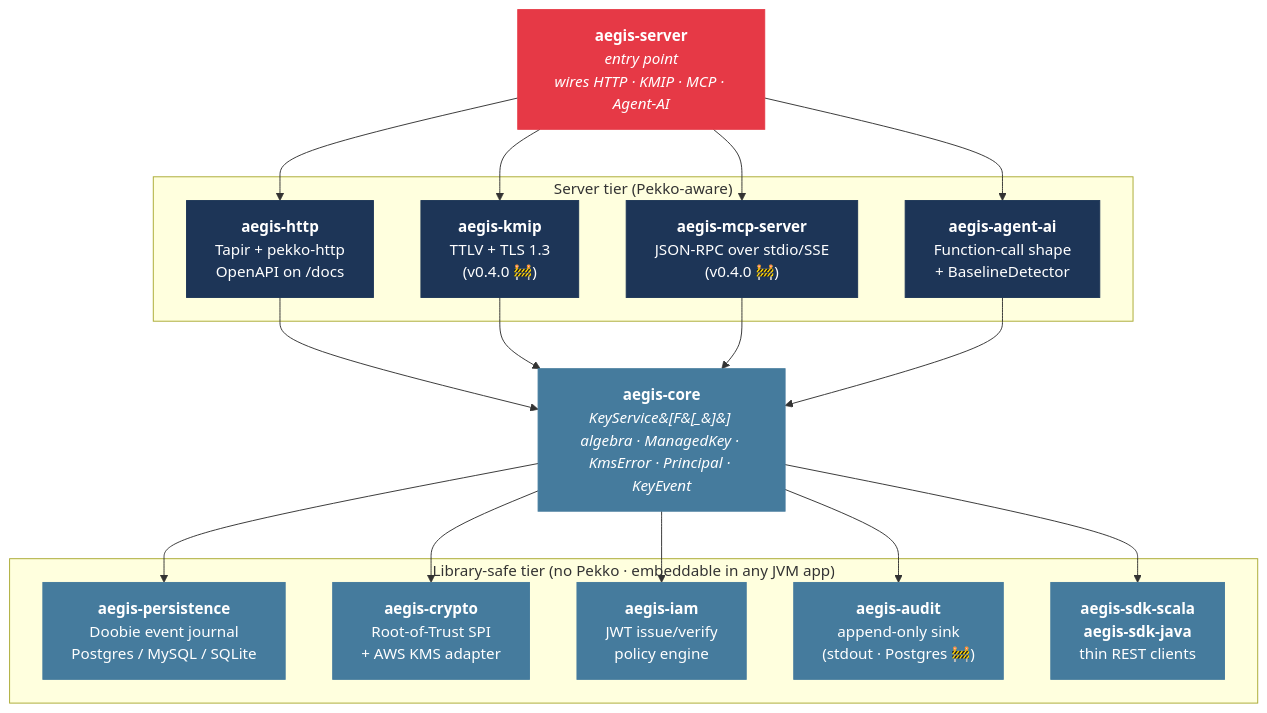
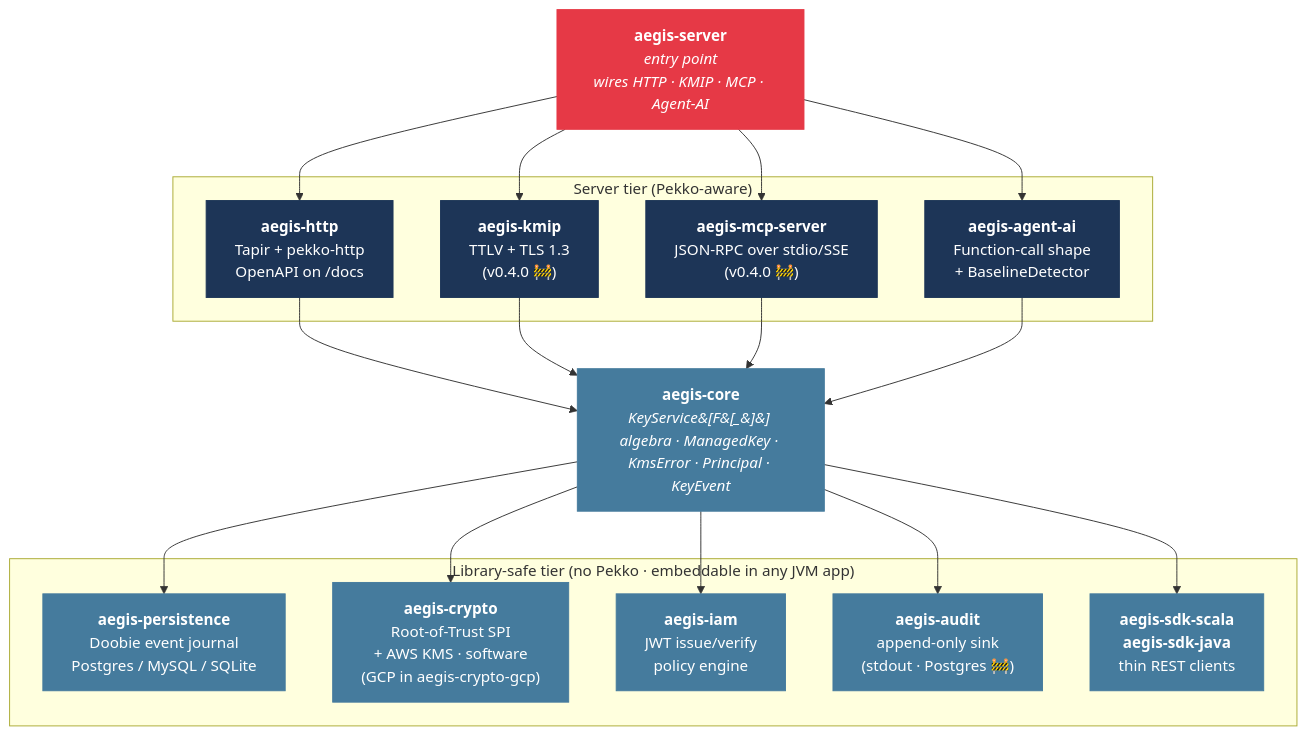
Before and after one commit to sharma-bhaskar/aegis-kms: the first of 5 diagrams in docs/ARCHITECTURE.md, drawn with Mermaid. The commit also changed other lines of this file and 13 other files, not shown here.

First line of the commit message:
feat(crypto-gcp+server): GCP Cloud KMS root-of-trust adapter (closes #31) (#115)

````diff
--- a/docs/ARCHITECTURE.md
+++ b/docs/ARCHITECTURE.md
@@ -11,39 +11,39 @@
 ```mermaid
 flowchart TD
     classDef server   fill:#1d3557,stroke:#1d3557,color:#fff
     classDef library  fill:#457b9d,stroke:#457b9d,color:#fff
     classDef boot     fill:#e63946,stroke:#e63946,color:#fff
 
     boot["<b>aegis-server</b><br/><i>entry point<br/>wires HTTP · KMIP · MCP · Agent-AI</i>"]:::boot
 
     subgraph ServerTier["Server tier (Pekko-aware)"]
         http["<b>aegis-http</b><br/>Tapir + pekko-http<br/>OpenAPI on /docs"]:::server
         kmip["<b>aegis-kmip</b><br/>TTLV + TLS 1.3<br/>(v0.4.0 🚧)"]:::server
         mcp["<b>aegis-mcp-server</b><br/>JSON-RPC over stdio/SSE<br/>(v0.4.0 🚧)"]:::server
         agent["<b>aegis-agent-ai</b><br/>Function-call shape<br/>+ BaselineDetector"]:::server
     end
 
     core["<b>aegis-core</b><br/><i>KeyService&#91;F&#91;_&#93;&#93; algebra · ManagedKey · KmsError · Principal · KeyEvent</i>"]:::library
 
     subgraph LibraryTier["Library-safe tier (no Pekko · embeddable in any JVM app)"]
         persistence["<b>aegis-persistence</b><br/>Doobie event journal<br/>Postgres / MySQL / SQLite"]:::library
-        crypto["<b>aegis-crypto</b><br/>Root-of-Trust SPI<br/>+ AWS KMS adapter"]:::library
+        crypto["<b>aegis-crypto</b><br/>Root-of-Trust SPI<br/>+ AWS KMS · software<br/>(GCP in aegis-crypto-gcp)"]:::library
         iam["<b>aegis-iam</b><br/>JWT issue/verify<br/>policy engine"]:::library
         audit["<b>aegis-audit</b><br/>append-only sink<br/>(stdout · Postgres 🚧)"]:::library
         sdks["<b>aegis-sdk-scala</b><br/><b>aegis-sdk-java</b><br/>thin REST clients"]:::library
     end
 
     boot --> http
     boot --> kmip
     boot --> mcp
     boot --> agent
     http --> core
     kmip --> core
     mcp --> core
     agent --> core
     core --> persistence
     core --> crypto
     core --> iam
     core --> audit
     core --> sdks
 ```
````
